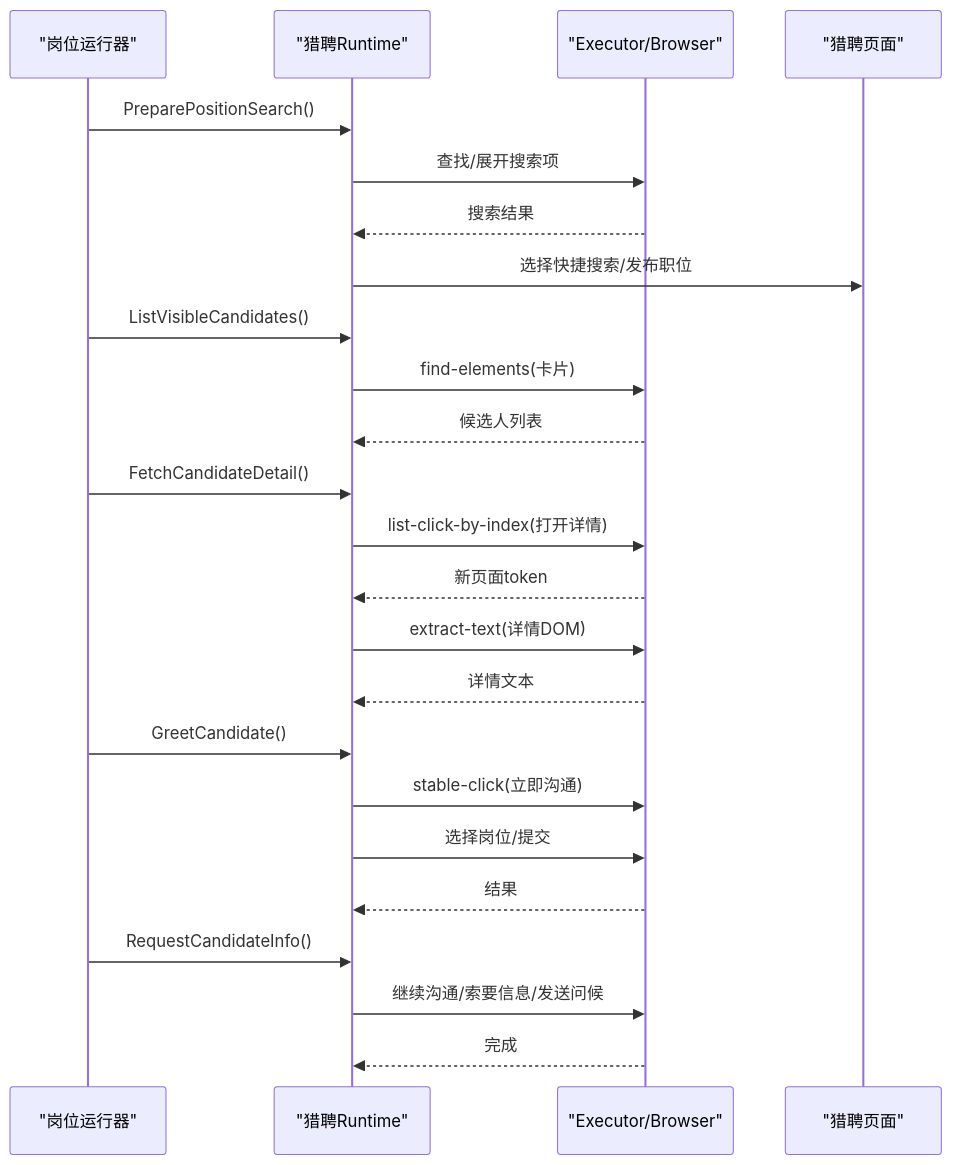
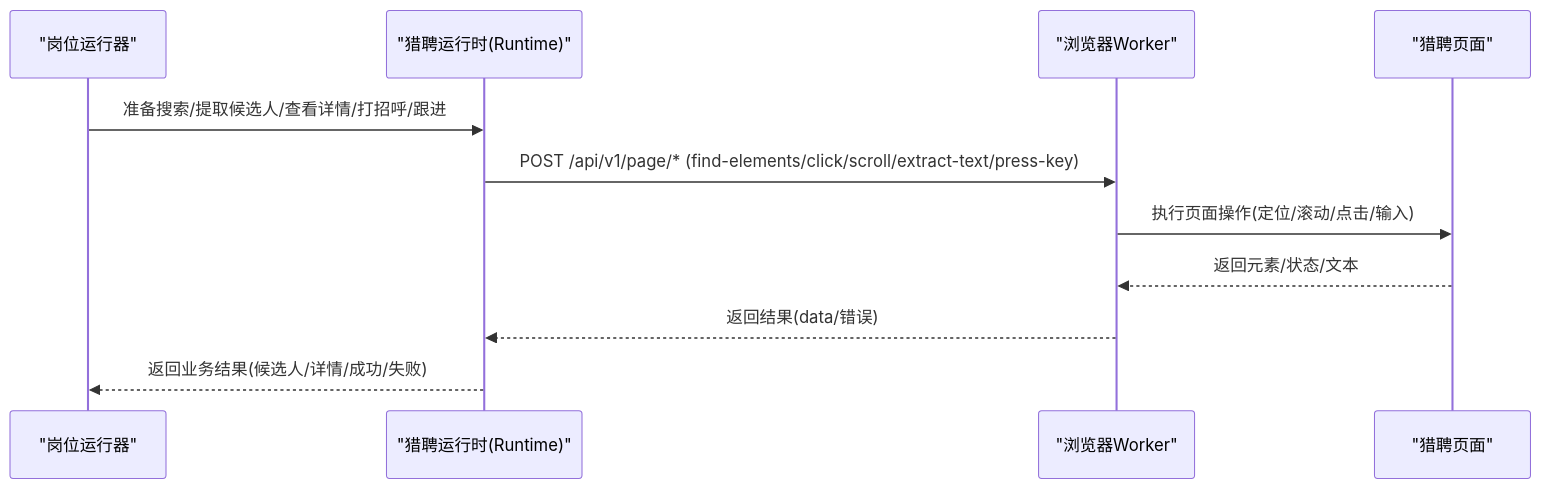
Before and after one commit to alvinwangzi/goodhr: the second of 10 diagrams in .qoder/repowiki/zh/content/系统架构/本地Agent架构/平台适配器系统/猎聘适配器.md, drawn with Mermaid. The commit also changed other lines of this file and 149 other files, not shown here.

````diff
--- a/.qoder/repowiki/zh/content/系统架构/本地Agent架构/平台适配器系统/猎聘适配器.md
+++ b/.qoder/repowiki/zh/content/系统架构/本地Agent架构/平台适配器系统/猎聘适配器.md
@@ -104,26 +113,13 @@
 ```mermaid
 sequenceDiagram
 participant Runner as "岗位运行器"
-participant HL as "猎聘Runtime"
-participant Exec as "Executor/Browser"
+participant Runtime as "猎聘运行时(Runtime)"
+participant Worker as "浏览器Worker"
 participant Page as "猎聘页面"
-Runner->>HL : PreparePositionSearch()
-HL->>Exec : 查找/展开搜索项
-Exec-->>HL : 搜索结果
-HL->>Page : 选择快捷搜索/发布职位
-Runner->>HL : ListVisibleCandidates()
-HL->>Exec : find-elements(卡片)
-Exec-->>HL : 候选人列表
-Runner->>HL : FetchCandidateDetail()
-HL->>Exec : list-click-by-index(打开详情)
-Exec-->>HL : 新页面token
-HL->>Exec : extract-text(详情DOM)
-Exec-->>HL : 详情文本
-Runner->>HL : GreetCandidate()
-HL->>Exec : stable-click(立即沟通)
-HL->>Exec : 选择岗位/提交
-Exec-->>HL : 结果
-Runner->>HL : RequestCandidateInfo()
-HL->>Exec : 继续沟通/索要信息/发送问候
-Exec-->>HL : 完成
+Runner->>Runtime : 准备搜索/提取候选人/查看详情/打招呼/跟进
+Runtime->>Worker : POST /api/v1/page/* (find-elements/click/scroll/extract-text/press-key)
+Worker->>Page : 执行页面操作(定位/滚动/点击/输入)
+Page-->>Worker : 返回元素/状态/文本
+Worker-->>Runtime : 返回结果(data/错误)
+Runtime-->>Runner : 返回业务结果(候选人/详情/成功/失败)
 ```
````
